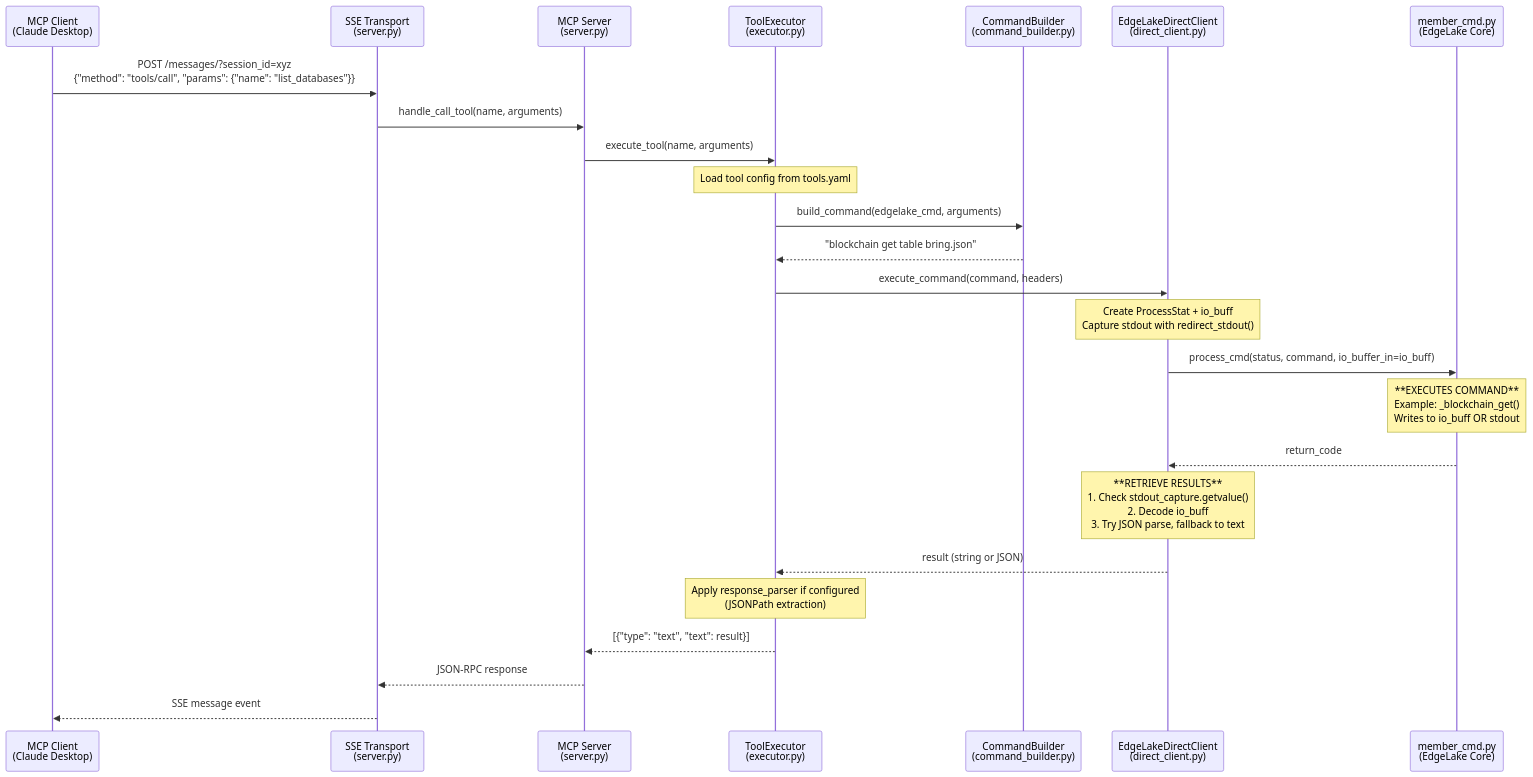
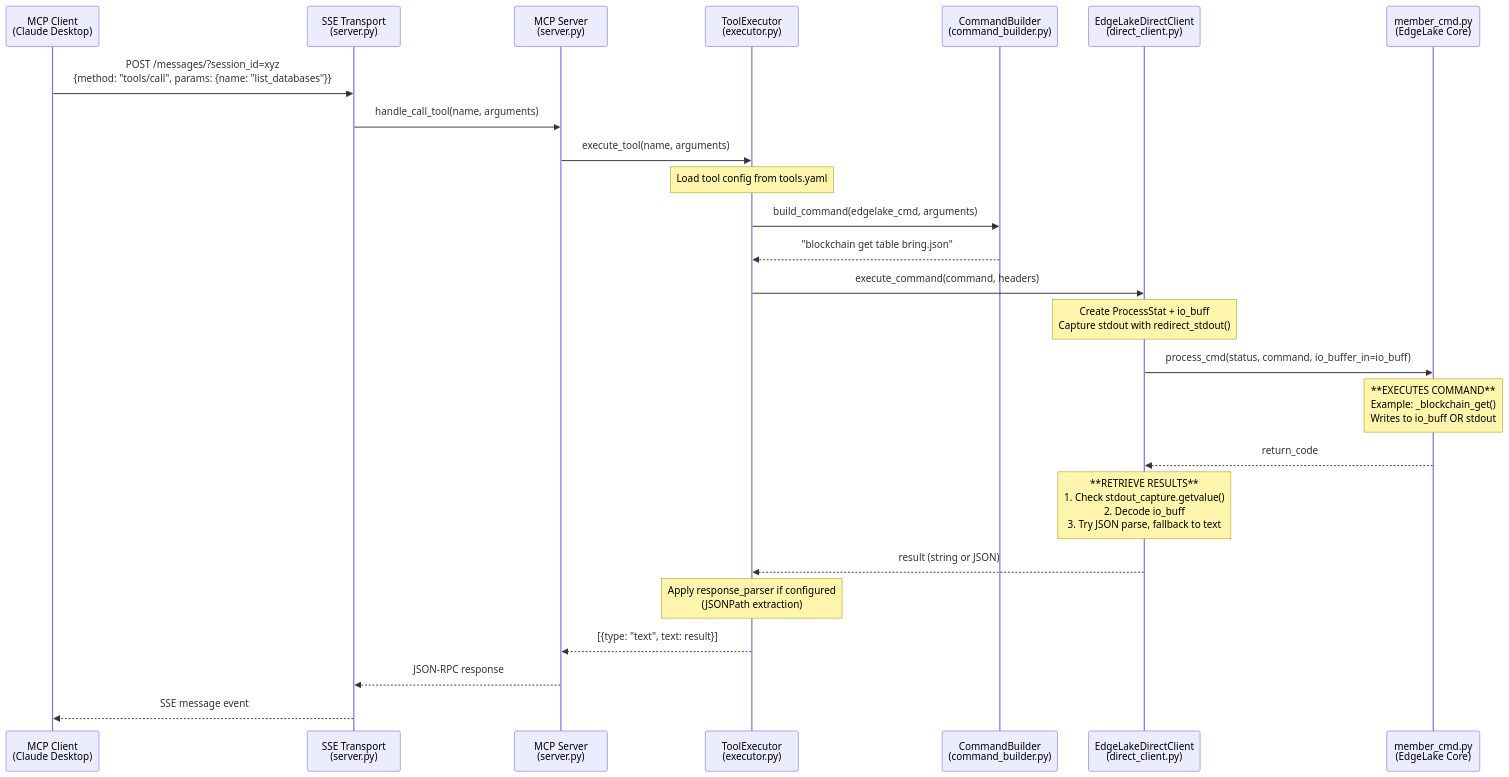
The first of 4 diagrams in edge_lake/mcp_server/TOOL_EXECUTION_FLOW.md (tom342178/EdgeLake), drawn with Mermaid before and after one commit. The commit also changed other lines of this file and 1 other file, not shown here.

First line of the commit message:
Docs: Add format=mcp design decision and correct tool execution flow

````diff
--- a/edge_lake/mcp_server/TOOL_EXECUTION_FLOW.md
+++ b/edge_lake/mcp_server/TOOL_EXECUTION_FLOW.md
@@ -7,39 +19,39 @@
 ```mermaid
 sequenceDiagram
     participant Client as MCP Client<br/>(Claude Desktop)
     participant SSE as SSE Transport<br/>(server.py)
     participant Server as MCP Server<br/>(server.py)
     participant Executor as ToolExecutor<br/>(executor.py)
     participant Builder as CommandBuilder<br/>(command_builder.py)
     participant DirectClient as EdgeLakeDirectClient<br/>(direct_client.py)
     participant MemberCmd as member_cmd.py<br/>(EdgeLake Core)
 
-    Client->>SSE: POST /messages/?session_id=xyz<br/>{"method": "tools/call", "params": {"name": "list_databases"}}
+    Client->>SSE: POST /messages/?session_id=xyz<br/>{method: "tools/call", params: {name: "list_databases"}}
     SSE->>Server: handle_call_tool(name, arguments)
     Server->>Executor: execute_tool(name, arguments)
 
     Note over Executor: Load tool config from tools.yaml
 
     Executor->>Builder: build_command(edgelake_cmd, arguments)
     Builder-->>Executor: "blockchain get table bring.json"
 
     Executor->>DirectClient: execute_command(command, headers)
 
     Note over DirectClient: Create ProcessStat + io_buff<br/>Capture stdout with redirect_stdout()
 
     DirectClient->>MemberCmd: process_cmd(status, command, io_buffer_in=io_buff)
 
     Note over MemberCmd: **EXECUTES COMMAND**<br/>Example: _blockchain_get()<br/>Writes to io_buff OR stdout
 
     MemberCmd-->>DirectClient: return_code
 
     Note over DirectClient: **RETRIEVE RESULTS**<br/>1. Check stdout_capture.getvalue()<br/>2. Decode io_buff<br/>3. Try JSON parse, fallback to text
 
     DirectClient-->>Executor: result (string or JSON)
 
     Note over Executor: Apply response_parser if configured<br/>(JSONPath extraction)
 
-    Executor-->>Server: [{"type": "text", "text": result}]
+    Executor-->>Server: [{type: "text", text: result}]
     Server-->>SSE: JSON-RPC response
     SSE-->>Client: SSE message event
 ```
````
